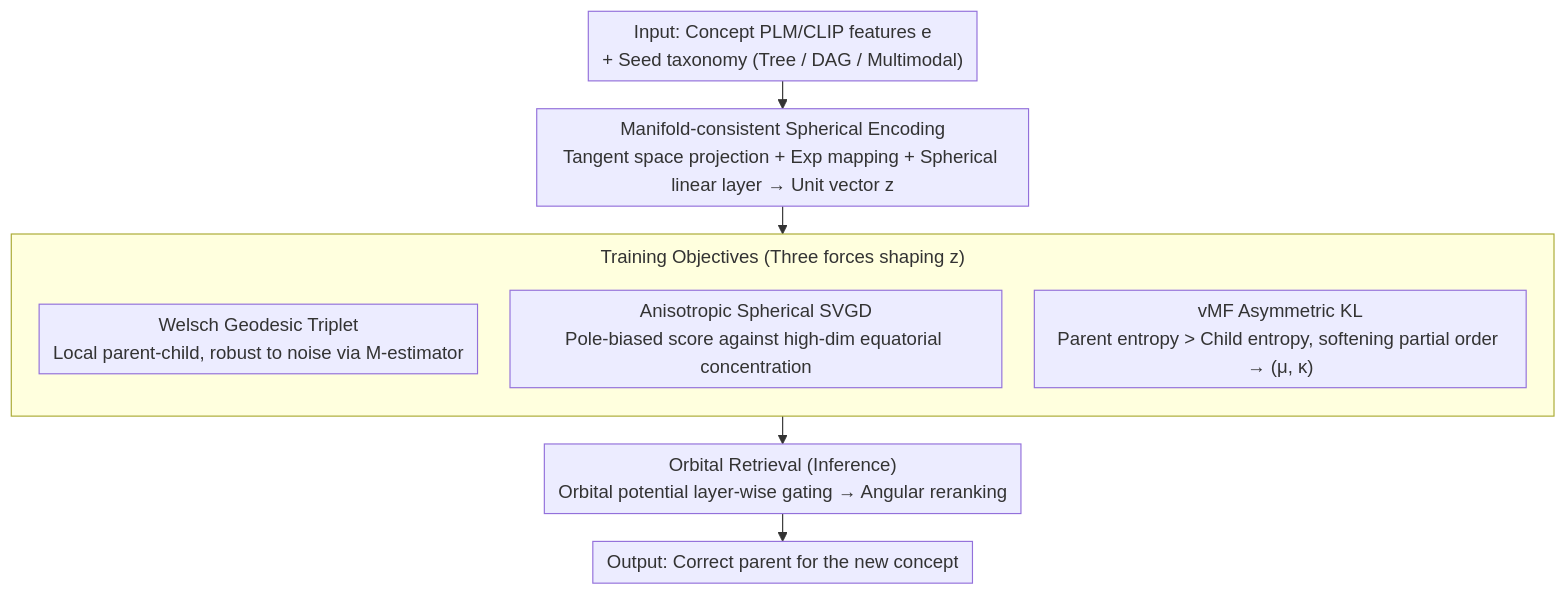
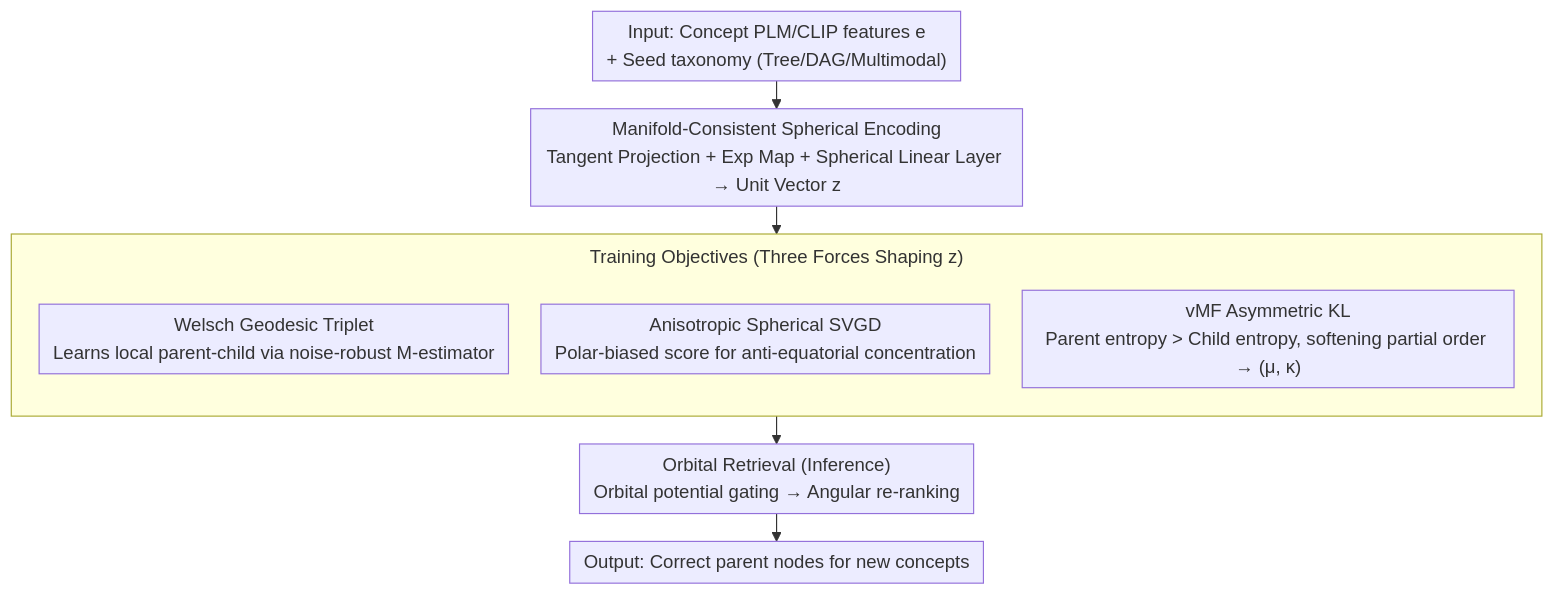
Before and after one commit to zhaoyang97/Paper-Notes-en: the diagram in docs/ICML2026/others/polaris_coupled_orbital_polar_embeddings_for_hierarchical_concept_learning.md, drawn with Mermaid. The commit also changed other lines of this file and 5084 other files, not shown here.

````diff
--- a/docs/ICML2026/others/polaris_coupled_orbital_polar_embeddings_for_hierarchical_concept_learning.md
+++ b/docs/ICML2026/others/polaris_coupled_orbital_polar_embeddings_for_hierarchical_concept_learning.md
@@ -42,14 +42,14 @@
 ```mermaid
 %%{init: {'flowchart': {'rankSpacing': 24, 'nodeSpacing': 28, 'padding': 6, 'wrappingWidth': 400, 'subGraphTitleMargin': {'top': 8, 'bottom': 16}}}}%%
 flowchart TD
-    A["Input: Concept PLM/CLIP features e<br/>+ Seed taxonomy (Tree / DAG / Multimodal)"] --> B["Manifold-consistent Spherical Encoding<br/>Tangent space projection + Exp mapping + Spherical linear layer → Unit vector z"]
+    A["Input: Concept PLM/CLIP features e<br/>+ Seed taxonomy (Tree/DAG/Multimodal)"] --> B["Manifold-Consistent Spherical Encoding<br/>Tangent Projection + Exp Map + Spherical Linear Layer → Unit Vector z"]
     B --> T
-    subgraph T["Training Objectives (Three forces shaping z)"]
+    subgraph T["Training Objectives (Three Forces Shaping z)"]
         direction TB
-        C["Welsch Geodesic Triplet<br/>Local parent-child, robust to noise via M-estimator"]
-        D["Anisotropic Spherical SVGD<br/>Pole-biased score against high-dim equatorial concentration"]
+        C["Welsch Geodesic Triplet<br/>Learns local parent-child via noise-robust M-estimator"]
+        D["Anisotropic Spherical SVGD<br/>Polar-biased score for anti-equatorial concentration"]
         E["vMF Asymmetric KL<br/>Parent entropy > Child entropy, softening partial order → (μ, κ)"]
     end
-    T --> F["Orbital Retrieval (Inference)<br/>Orbital potential layer-wise gating → Angular reranking"]
-    F --> G["Output: Correct parent for the new concept"]
+    T --> F["Orbital Retrieval (Inference)<br/>Orbital potential gating → Angular re-ranking"]
+    F --> G["Output: Correct parent nodes for new concepts"]
 ```
````
